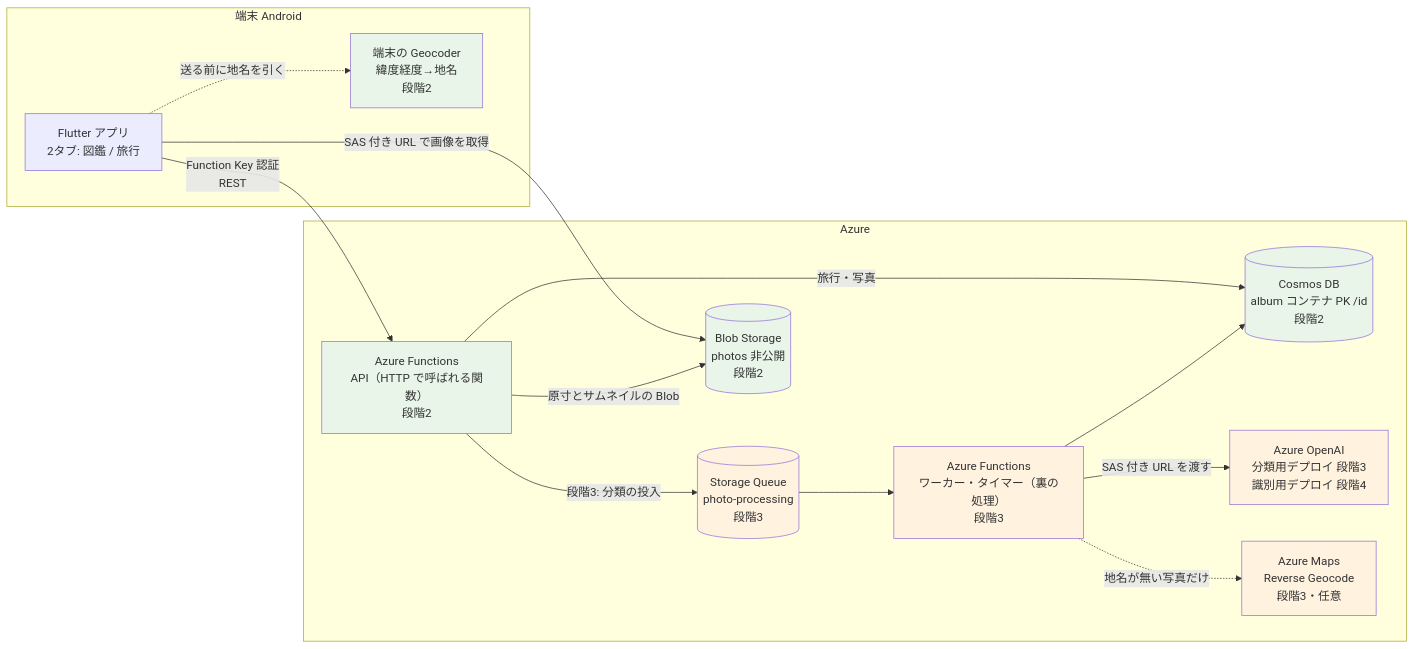
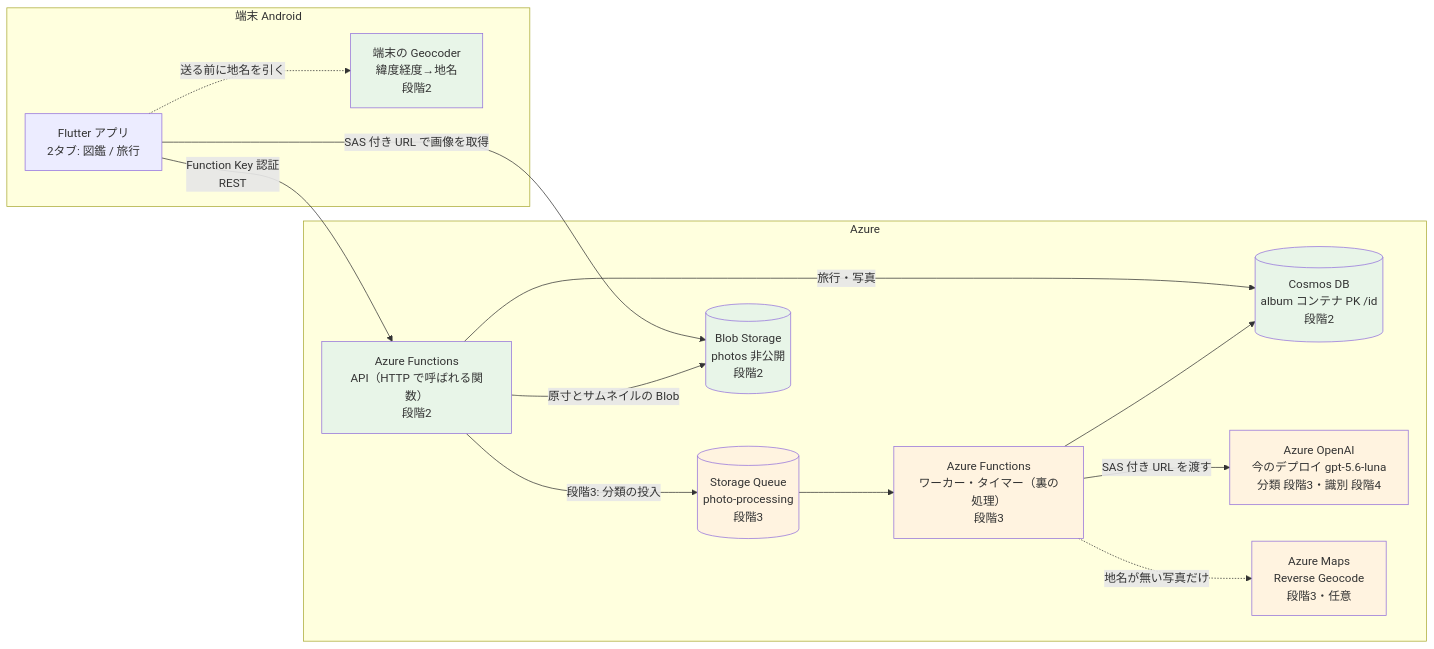
One commit to nmasashi/snaplant changed the diagram in docs/travel-album/02_design_overview.md. Above: the diagram before and after it, drawn with Mermaid. The commit also changed other lines of this file and 7 other files, not shown here.

````diff
--- a/docs/travel-album/02_design_overview.md
+++ b/docs/travel-album/02_design_overview.md
@@ -51,33 +53,33 @@
 ```mermaid
 flowchart LR
     subgraph Device[端末 Android]
         App[Flutter アプリ<br/>2タブ: 図鑑 / 旅行]
         Geo[端末の Geocoder<br/>緯度経度→地名<br/>段階2]
     end
 
     subgraph Azure
         Http[Azure Functions<br/>API（HTTP で呼ばれる関数）<br/>段階2]
         Worker[Azure Functions<br/>ワーカー・タイマー（裏の処理）<br/>段階3]
         Queue[(Storage Queue<br/>photo-processing<br/>段階3)]
         Blob[(Blob Storage<br/>photos 非公開<br/>段階2)]
         Cosmos[(Cosmos DB<br/>album コンテナ PK /id<br/>段階2)]
-        AOAI[Azure OpenAI<br/>分類用デプロイ 段階3<br/>識別用デプロイ 段階4]
+        AOAI[Azure OpenAI<br/>今のデプロイ gpt-5.6-luna<br/>分類 段階3・識別 段階4]
         Maps[Azure Maps<br/>Reverse Geocode<br/>段階3・任意]
     end
 
     App -->|Function Key 認証<br/>REST| Http
     App -.->|送る前に地名を引く| Geo
     App -->|SAS 付き URL で画像を取得| Blob
     Http -->|旅行・写真| Cosmos
     Http -->|原寸とサムネイルの Blob| Blob
     Http -->|段階3: 分類の投入| Queue
     Queue --> Worker
     Worker --> Cosmos
     Worker -->|SAS 付き URL を渡す| AOAI
     Worker -.->|地名が無い写真だけ| Maps
 
     classDef s2 fill:#e8f5e8
     classDef s3 fill:#fff3e0
     class Http,Blob,Cosmos,Geo s2
     class Worker,Queue,AOAI,Maps s3
 ```
````
